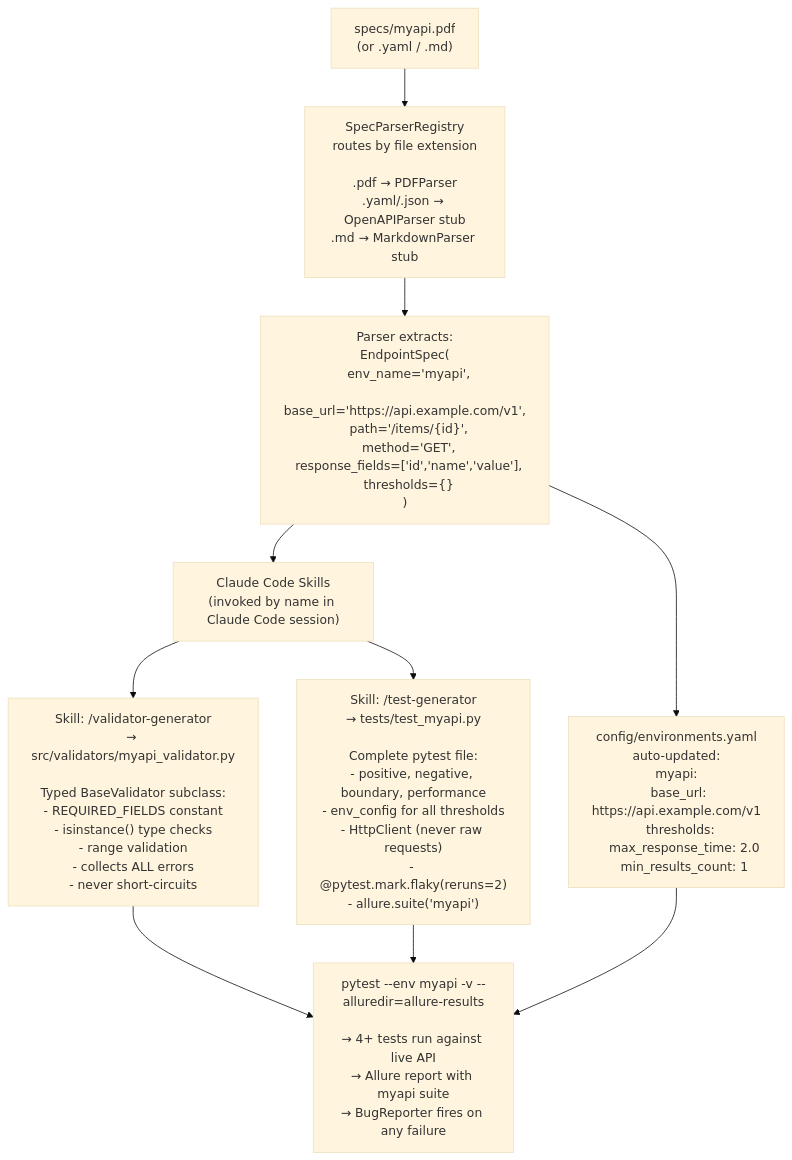
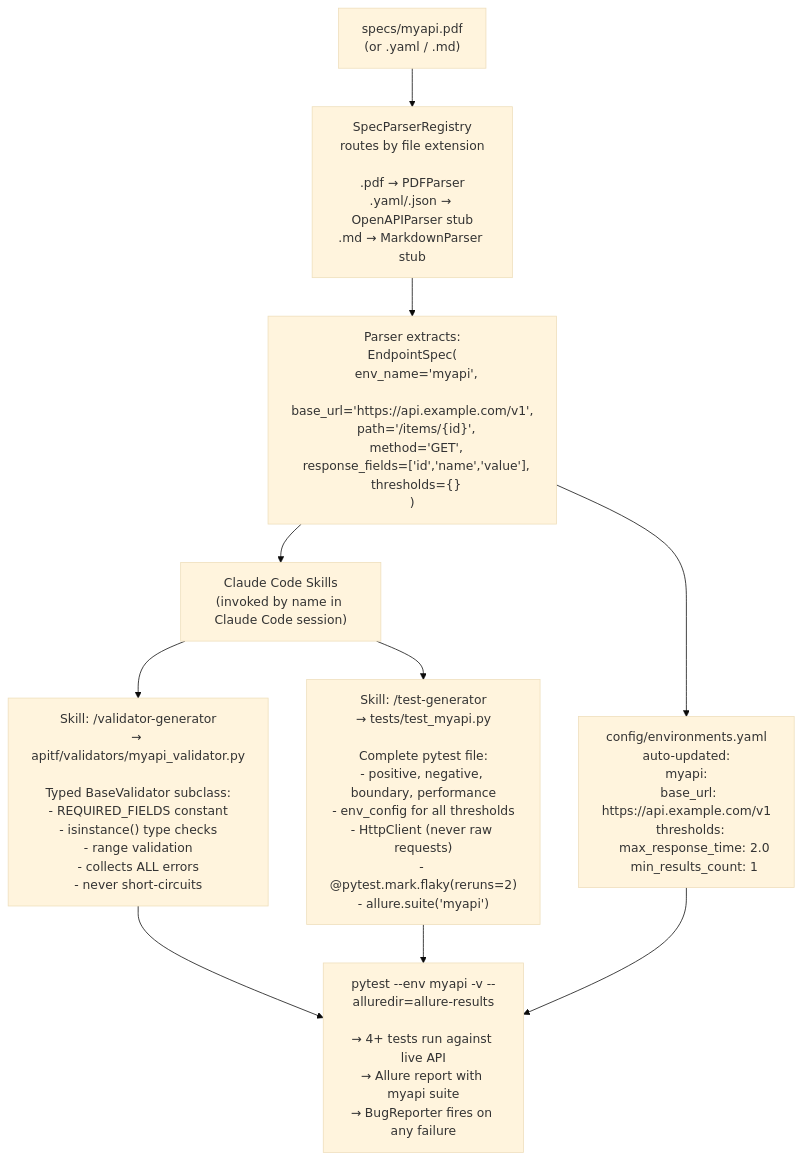
Before and after one commit to sks-54/api-test-framework: the seventh of 7 diagrams in README.md, drawn with Mermaid (base theme). The commit also changed other lines of this file and 43 other files, not shown here.

````diff
--- a/README.md
+++ b/README.md
@@ -1440,32 +1468,32 @@
 ```mermaid
 flowchart TD
     SPEC["specs/myapi.pdf\n(or .yaml / .md)"]
 
     REG["SpecParserRegistry\nroutes by file extension\n\n.pdf → PDFParser\n.yaml/.json → OpenAPIParser stub\n.md → MarkdownParser stub"]
 
     SPEC --> REG
 
     PARSE["Parser extracts:\nEndpointSpec(\n  env_name='myapi',\n  base_url='https://api.example.com/v1',\n  path='/items/{id}',\n  method='GET',\n  response_fields=['id','name','value'],\n  thresholds={}\n)"]
 
     REG --> PARSE
 
     YAML["config/environments.yaml\nauto-updated:\nmyapi:\n  base_url: https://api.example.com/v1\n  thresholds:\n    max_response_time: 2.0\n    min_results_count: 1"]
 
     SKILLS["Claude Code Skills\n(invoked by name in Claude Code session)"]
 
     PARSE --> YAML
     PARSE --> SKILLS
 
-    VAL["Skill: /validator-generator\n→ src/validators/myapi_validator.py\n\nTyped BaseValidator subclass:\n- REQUIRED_FIELDS constant\n- isinstance() type checks\n- range validation\n- collects ALL errors\n- never short-circuits"]
+    VAL["Skill: /validator-generator\n→ apitf/validators/myapi_validator.py\n\nTyped BaseValidator subclass:\n- REQUIRED_FIELDS constant\n- isinstance() type checks\n- range validation\n- collects ALL errors\n- never short-circuits"]
 
     TST["Skill: /test-generator\n→ tests/test_myapi.py\n\nComplete pytest file:\n- positive, negative, boundary, performance\n- env_config for all thresholds\n- HttpClient (never raw requests)\n- @pytest.mark.flaky(reruns=2)\n- allure.suite('myapi')"]
 
     SKILLS --> VAL
     SKILLS --> TST
 
     RUN["pytest --env myapi -v --alluredir=allure-results\n\n→ 4+ tests run against live API\n→ Allure report with myapi suite\n→ BugReporter fires on any failure"]
 
     VAL --> RUN
     TST --> RUN
     YAML --> RUN
 ```
````
